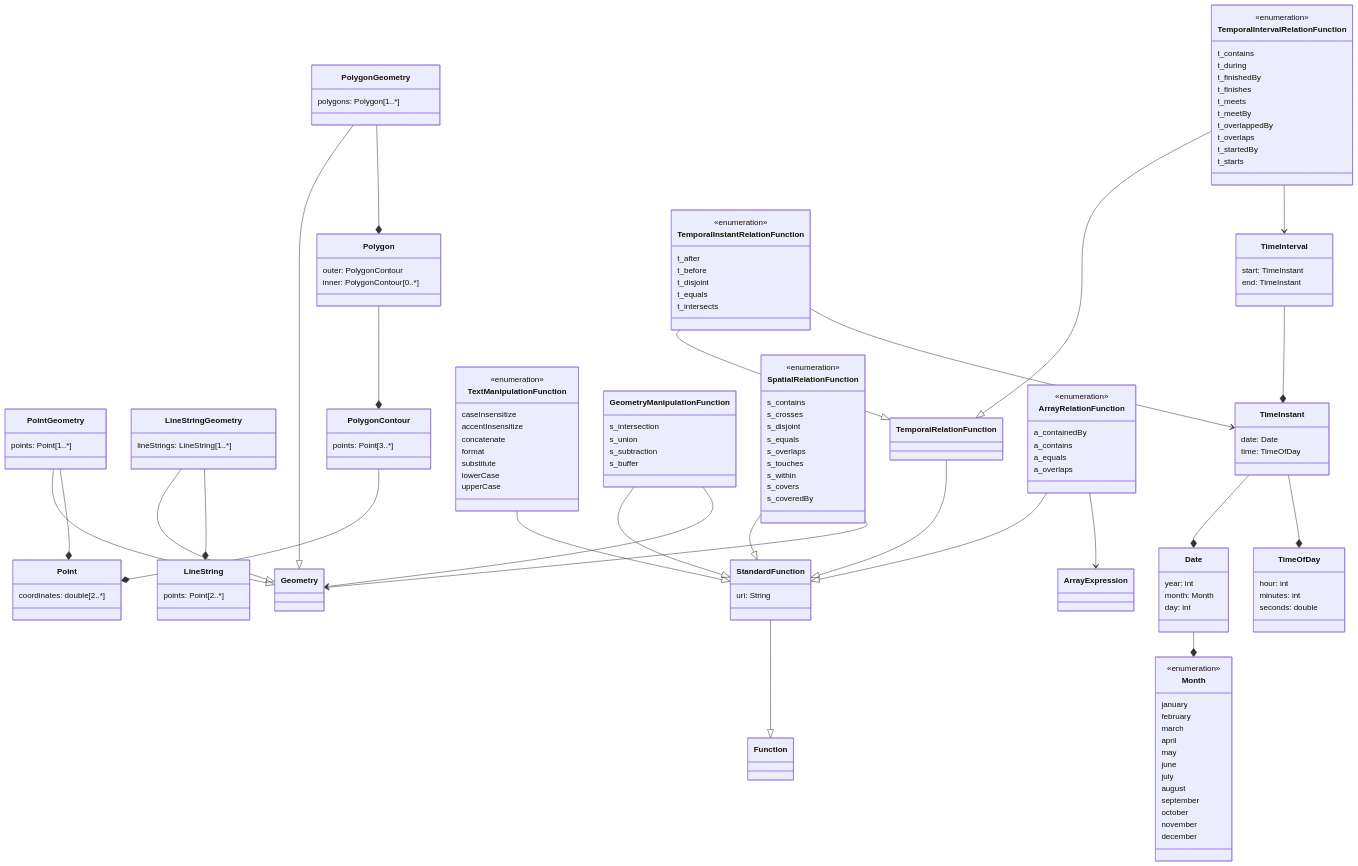
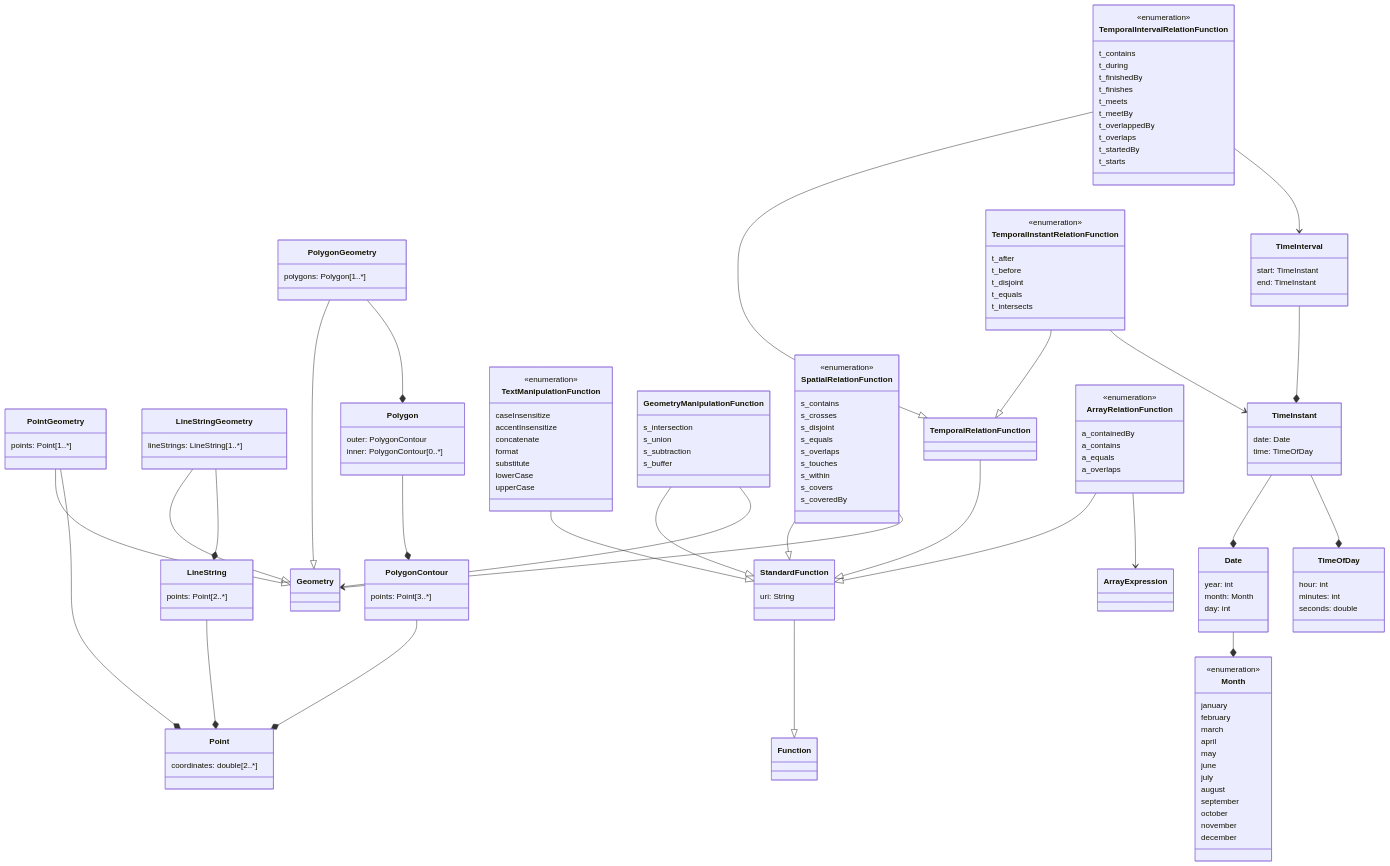
One commit to opengeospatial/styles-and-symbology changed the diagram in core/UML/mermaid/standardFunctions.md. Above: the diagram before and after it, drawn with Mermaid.

Commit message:
standardFunctions.md: Added composition link for LineString

```diff
--- a/core/UML/mermaid/standardFunctions.md
+++ b/core/UML/mermaid/standardFunctions.md
@@ -16,6 +16,7 @@
 class LineString {
    points: Point[2..*]
 }
+LineString --* Point
 
 class LineStringGeometry {
    lineStrings: LineString[1..*]
```
